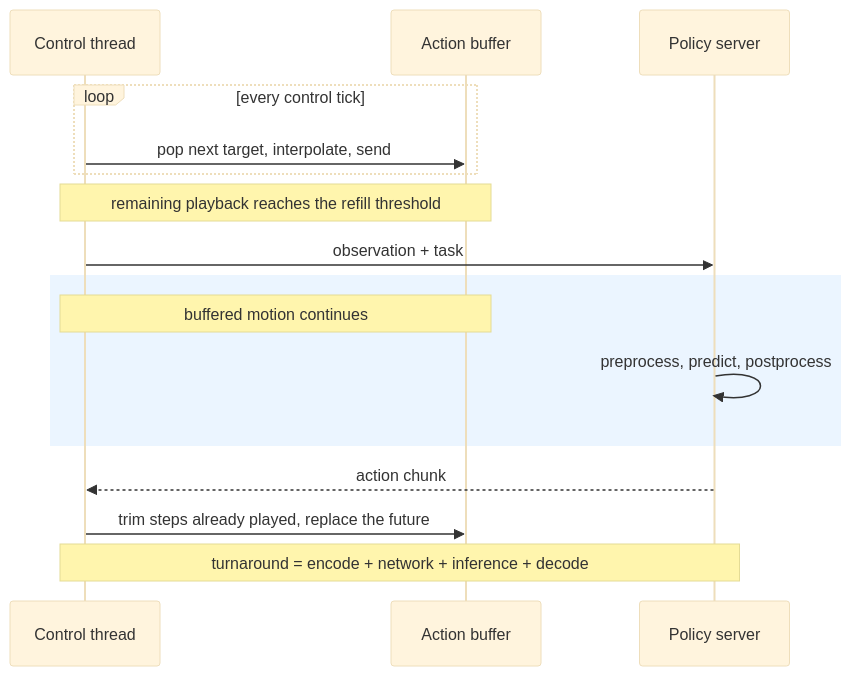
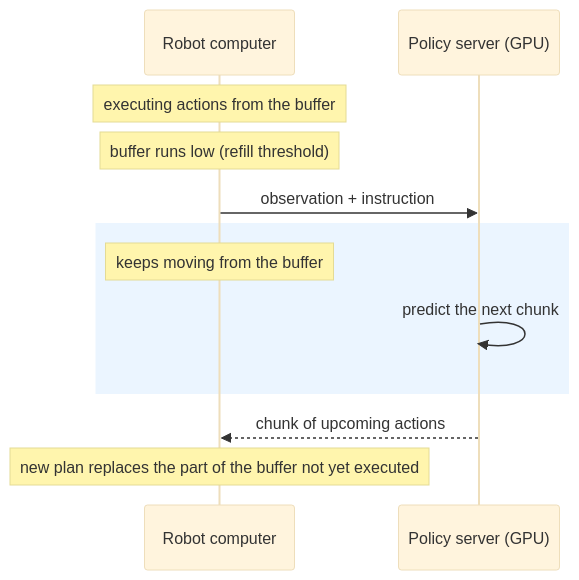
Before and after one commit to huggingface/lerobot: the second of 2 diagrams in docs/source/remote_inference.mdx, drawn with Mermaid (base theme). The commit also changed other lines of this file and 3 other files, not shown here.

````diff
--- a/docs/source/remote_inference.mdx
+++ b/docs/source/remote_inference.mdx
@@ -31,18 +31,14 @@
 ```mermaid
 sequenceDiagram
-  participant R as Control thread
-  participant B as Action buffer
-  participant S as Policy server
-  loop every control tick
-    R->>B: pop next target, interpolate, send
+  participant R as Robot computer
+  participant S as Policy server (GPU)
+  Note over R: executing actions from the buffer
+  Note over R: buffer runs low (refill threshold)
+  R->>S: observation + instruction
+  rect rgb(235, 245, 255)
+    Note over R: keeps moving from the buffer
+    S->>S: predict the next chunk
   end
-  Note over R,B: remaining playback reaches the refill threshold
-  R->>S: observation + task
-  rect rgb(235, 245, 255)
-    Note over R,B: buffered motion continues
-    S->>S: preprocess, predict, postprocess
-  end
-  S-->>R: action chunk
-  R->>B: trim steps already played, replace the future
-  Note over R,S: turnaround = encode + network + inference + decode
+  S-->>R: chunk of upcoming actions
+  Note over R: new plan replaces the part of the buffer not yet executed
 ```
````
